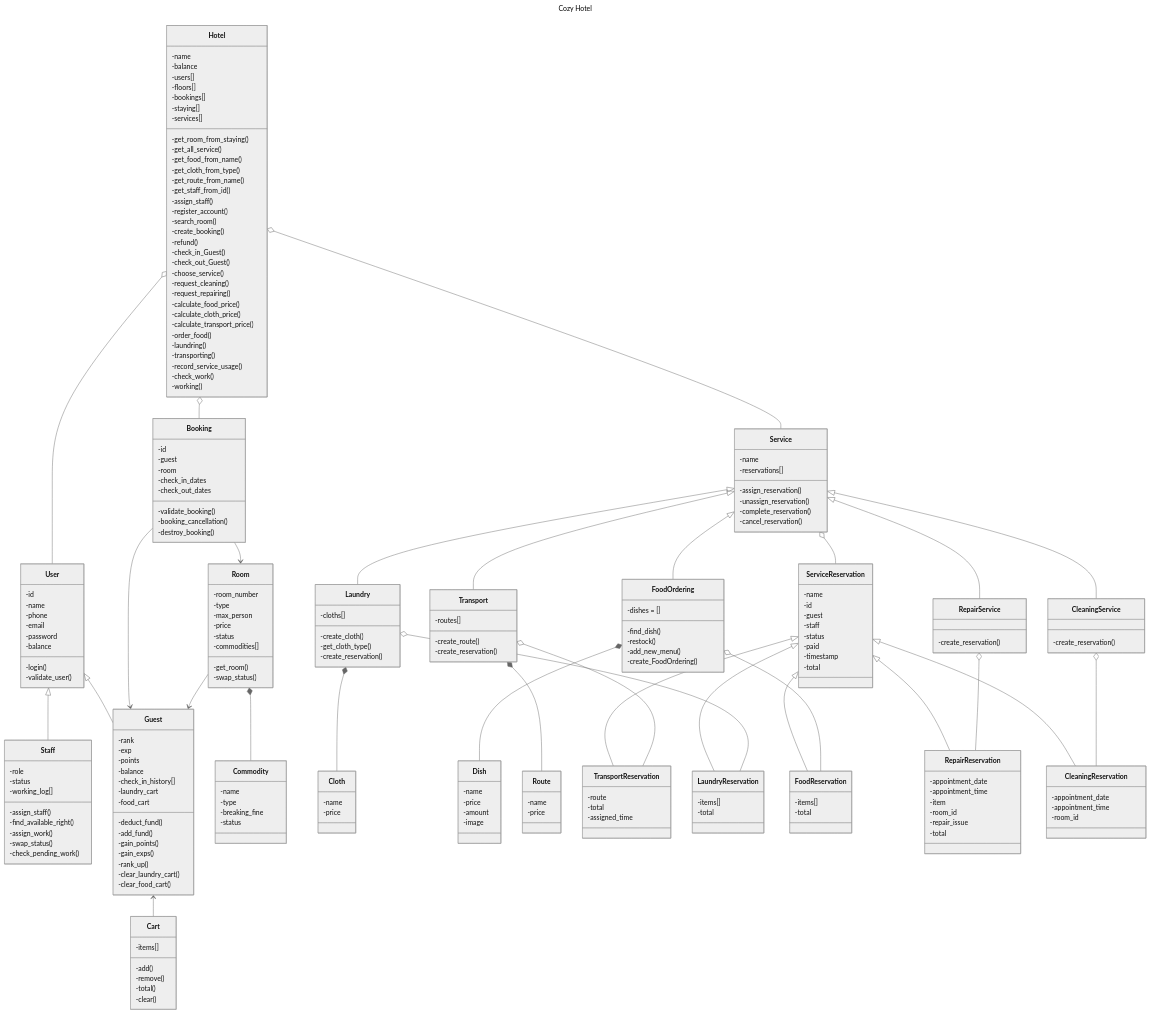
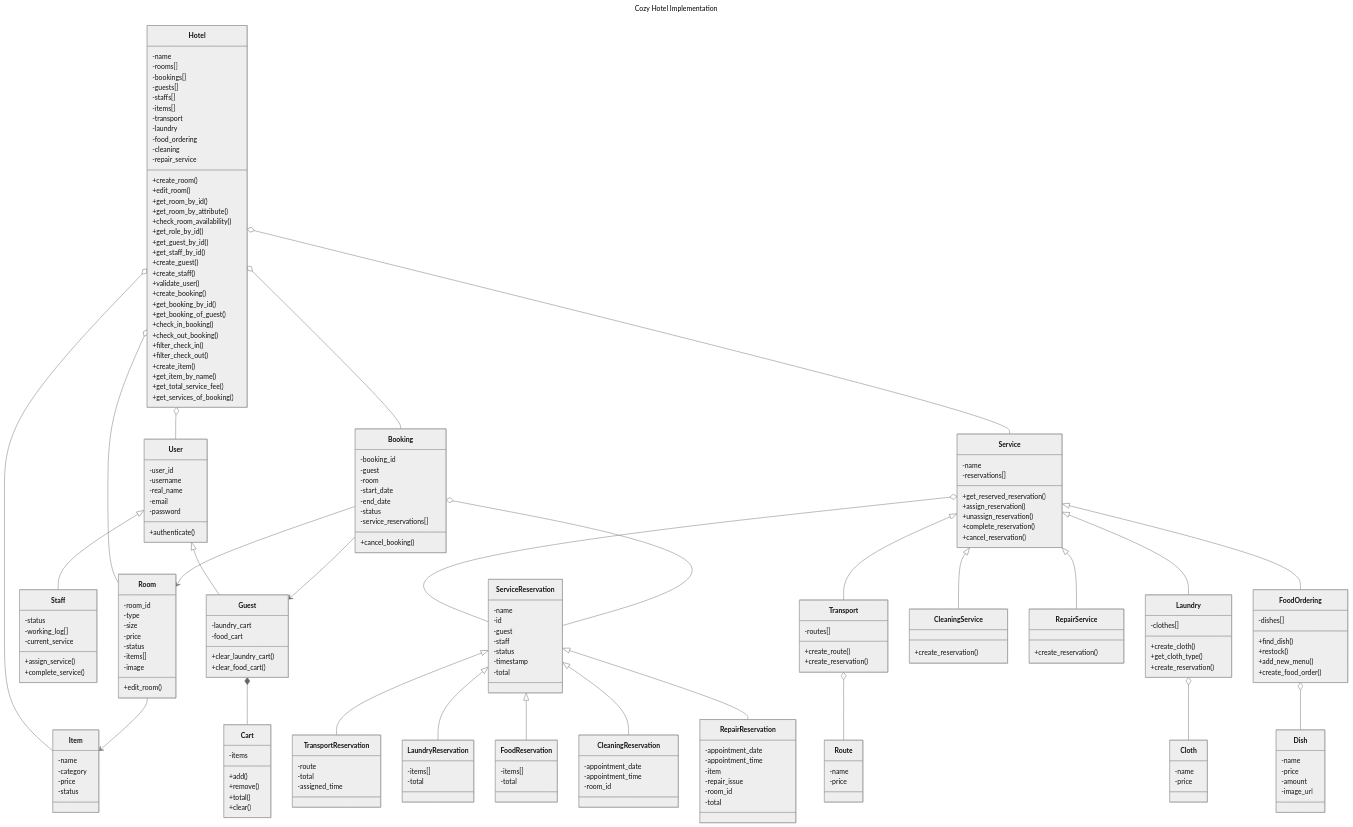
The diagram in docs/uml/class_diagram.md (KindleDrift/OOP-Website-Project), drawn with Mermaid (neutral theme) before and after one commit.

Commit message:
Updated the corrected Class Diagram

````diff
--- a/docs/uml/class_diagram.md
+++ b/docs/uml/class_diagram.md
@@ -1,232 +1,227 @@
 ```mermaid
 ---
-title: Cozy Hotel
+title: Cozy Hotel Implementation
 ---
 classDiagram
 
+    Hotel o-- Room
+    Hotel o-- Booking
     Hotel o-- User
-    Hotel o-- Booking
+    Hotel o-- Item
     Hotel o-- Service
     User <|-- Staff
     User <|-- Guest
     Booking --> Guest
     Booking --> Room
-    Room --> Guest
-    Room *-- Commodity
+    Room --> Item
+    Service <|-- Transport
     Service <|-- Laundry
-    Laundry *-- Cloth 
     Service <|-- FoodOrdering
-    FoodOrdering *-- Dish
-    Service <|-- Transport
-    Transport *-- Route
+    Service <|-- CleaningService
     Service <|-- RepairService
-    Service <|-- CleaningService
     ServiceReservation <|-- TransportReservation
     ServiceReservation <|-- LaundryReservation
     ServiceReservation <|-- FoodReservation
+    ServiceReservation <|-- CleaningReservation
     ServiceReservation <|-- RepairReservation
-    ServiceReservation <|-- CleaningReservation
     Service o-- ServiceReservation
-    Transport o-- TransportReservation
-    Laundry o-- LaundryReservation
-    FoodOrdering o-- FoodReservation
-    RepairService o-- RepairReservation
-    CleaningService o-- CleaningReservation
-    Guest <-- Cart
- 
+    Guest *-- Cart
+    Transport o-- Route
+    Laundry o-- Cloth
+    FoodOrdering o-- Dish
+    Booking o-- ServiceReservation
 
     class Hotel{
         -name
-        -balance
-        -users[]
-        -floors[]
+        -rooms[]
         -bookings[]
-        -staying[]
+        -guests[]
+        -staffs[]
+        -items[]
+        -transport
+        -laundry
+        -food_ordering
+        -cleaning
+        -repair_service
+        +create_room()
+        +edit_room()
+        +get_room_by_id()
+        +get_room_by_attribute()
+        +check_room_availability()
+        +get_role_by_id()
+        +get_guest_by_id()
+        +get_staff_by_id()
+        +create_guest()
+        +create_staff()
+        +validate_user()
+        +create_booking()
+        +get_booking_by_id()
+        +get_booking_of_guest()
+        +check_in_booking()
+        +check_out_booking()
+        +filter_check_in()
+        +filter_check_out()
+        +create_item()
+        +get_item_by_name()
+        +get_total_service_fee()
+        +get_services_of_booking()
+    }
 
-        -services[]
-        -get_room_from_staying()
-        -get_all_service()
-        -get_food_from_name()
-        -get_cloth_from_type()
-        -get_route_from_name()
-        -get_staff_from_id()
-        -assign_staff()
-
-        -register_account()
-        -search_room()
-        -create_booking()
-        -refund()
-
-        -check_in_Guest()
-        -check_out_Guest()
-
-        -choose_service()
-        -request_cleaning()
-        -request_repairing()
-        -calculate_food_price()
-        -calculate_cloth_price()
-        -calculate_transport_price()
-        -order_food()
-        -laundring()
-        -transporting()
-        -record_service_usage()
-
-        -check_work()
-        -working()
-    }
     class User{
-        -id
-        -name
-        -phone
+        -user_id
+        -username
+        -real_name
         -email
         -password
-        -balance
-        -login()
-        -validate_user()
+        +authenticate()
     }
+
     class Guest{
-        -rank
-        -exp
-        -points
-        -balance
-        -check_in_history[]
         -laundry_cart
         -food_cart
-        -deduct_fund()
-        -add_fund()
-        -gain_points()
-        -gain_exps()
-        -rank_up()
-        -clear_laundry_cart()
-        -clear_food_cart()
+        +clear_laundry_cart()
+        +clear_food_cart()
     }
+
     class Staff{
-        -role
         -status
         -working_log[]
-        -assign_staff()
-        -find_available_right()
-        -assign_work()
-        -swap_status()
-        -check_pending_work()
+        -current_service
+        +assign_service()
+        +complete_service()
     }
+
     class Room{
-        -room_number
+        -room_id
         -type
-        -max_person
+        -size
         -price
         -status
-        -commodities[]
-        -get_room()
-        -swap_status()
+        -items[]
+        -image
+        +edit_room()
     }
-    class Commodity{
+
+    class Item{
         -name
-        -type
-        -breaking_fine
+        -category
+        -price
         -status
     }
+
     class Booking{
-        -id
+        -booking_id
         -guest
         -room
-        -check_in_dates
-        -check_out_dates
-        -validate_booking()
-        -booking_cancellation()
-        -destroy_booking()
+        -start_date
+        -end_date
+        -status
+        -service_reservations[]
+        +cancel_booking()
     }
+
+    class Cart{
+        -items
+        +add()
+        +remove()
+        +total()
+        +clear()
+    }
+
     class Service{
         -name
         -reservations[]
-        -assign_reservation()
-        -unassign_reservation()
-        -complete_reservation()
-        -cancel_reservation()
+        +get_reserved_reservation()
+        +assign_reservation()
+        +unassign_reservation()
+        +complete_reservation()
+        +cancel_reservation()
+    }
 
-    }
-    class Laundry{
-        -cloths[]
-        -create_cloth()
-        -get_cloth_type()
-        -create_reservation()
-    }
-    class Cloth{
-        -name
-        -price
-    }
-    class FoodOrdering{
-        -dishes = []
-        -find_dish()
-        -restock()
-        -add_new_menu()
-        -create_FoodOrdering()
-
-    }
-    class Dish{
-        -name
-        -price
-        -amount
-        -image
-    }
-    class Transport{
-        -routes[]
-        -create_route()
-        -create_reservation()
-
-    }
-    class Route{
-        -name
-        -price
-    }
-    class CleaningService{
-        -create_reservation()
-    }
-    class RepairService{
-        -create_reservation()
-    }
     class ServiceReservation{
         -name
         -id
         -guest
         -staff
         -status
-        -paid
         -timestamp
         -total
     }
+
+    class Transport{
+        -routes[]
+        +create_route()
+        +create_reservation()
+    }
+
     class TransportReservation{
         -route
         -total
         -assigned_time
     }
+
+    class Route{
+        -name
+        -price
+    }
+
+    class Laundry{
+        -clothes[]
+        +create_cloth()
+        +get_cloth_type()
+        +create_reservation()
+    }
+
     class LaundryReservation{
         -items[]
         -total
     }
+
+    class Cloth{
+        -name
+        -price
+    }
+
+    class FoodOrdering{
+        -dishes[]
+        +find_dish()
+        +restock()
+        +add_new_menu()
+        +create_food_order()
+    }
+
     class FoodReservation{
         -items[]
         -total
     }
+
+    class Dish{
+        -name
+        -price
+        -amount
+        -image_url
+    }
+
+    class CleaningService{
+        +create_reservation()
+    }
+
     class CleaningReservation{
         -appointment_date
         -appointment_time
         -room_id
     }
+
+    class RepairService{
+        +create_reservation()
+    }
+
     class RepairReservation{
         -appointment_date
         -appointment_time
         -item
+        -repair_issue
         -room_id
-        -repair_issue
         -total
     }
-    class Cart{
-        -items[]
-        -add()
-        -remove()
-        -total()
-        -clear()
-    }
-
 ```
````
